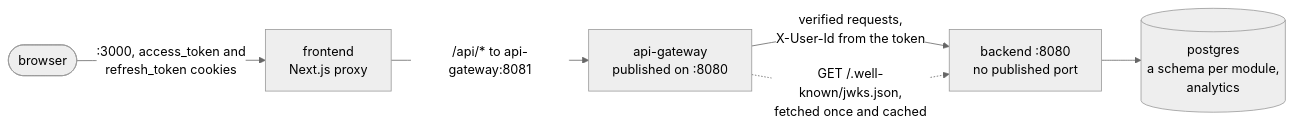
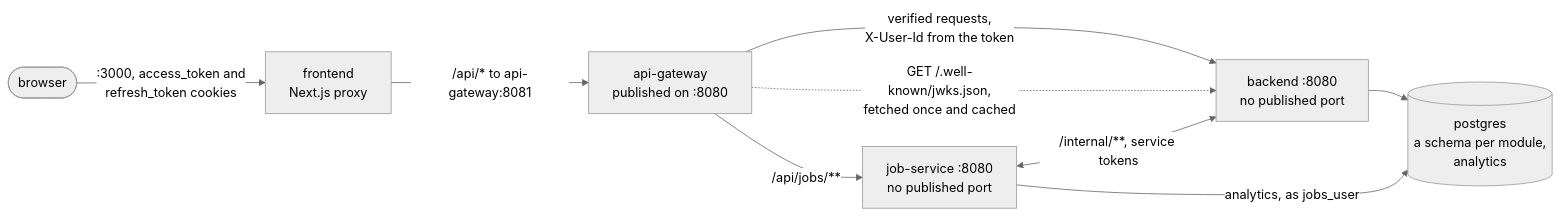
The second of 2 diagrams in backend/docs/architecture.md (Yusuprozimemet/jobmatch-microservices), drawn with Mermaid (neutral theme) before and after one commit. The commit also changed other lines of this file and 17 other files, not shown here.

First line of the commit message:
Day 17 E2: JobServiceObservedIT; docs and Javadocs after the move

````diff
--- a/backend/docs/architecture.md
+++ b/backend/docs/architecture.md
@@ -24,8 +24,11 @@
 ```mermaid
 flowchart LR
     B(["browser"]) -->|":3000, access_token and<br/>refresh_token cookies"| FE["frontend<br/>Next.js proxy"]
     FE -->|"/api/* to api-gateway:8081"| GW["api-gateway<br/>published on :8080"]
     GW -->|"verified requests,<br/>X-User-Id from the token"| BE["backend :8080<br/>no published port"]
     GW -.->|"GET /.well-known/jwks.json,<br/>fetched once and cached"| BE
+    GW -->|"/api/jobs/**"| JS["job-service :8080<br/>no published port"]
+    JS <-->|"/internal/**, service tokens"| BE
     BE --> DB[("postgres<br/>a schema per module,<br/>analytics")]
+    JS -->|"analytics, as jobs_user"| DB
 ```
````
